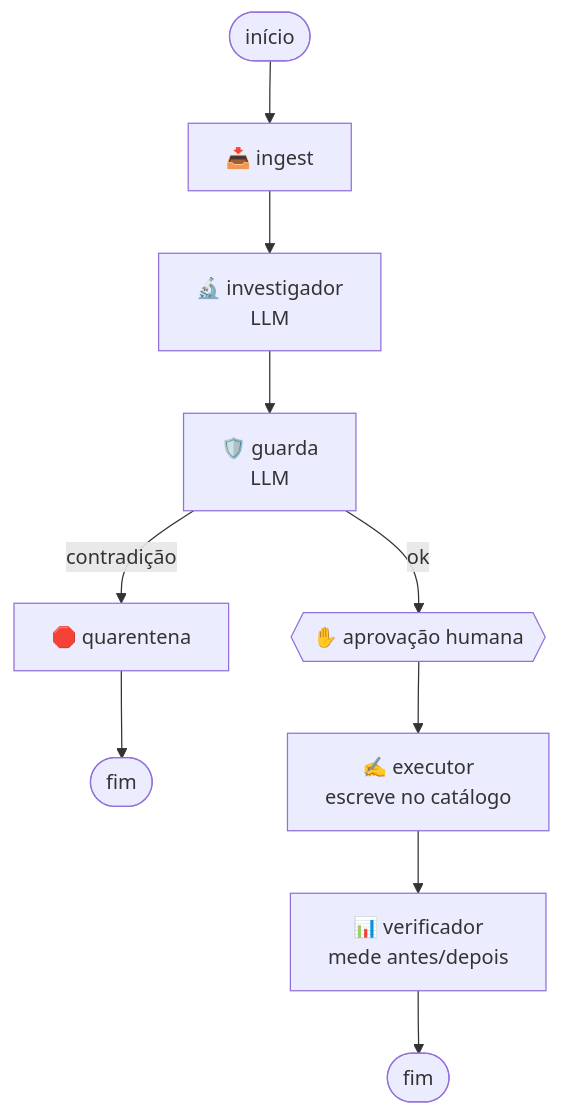
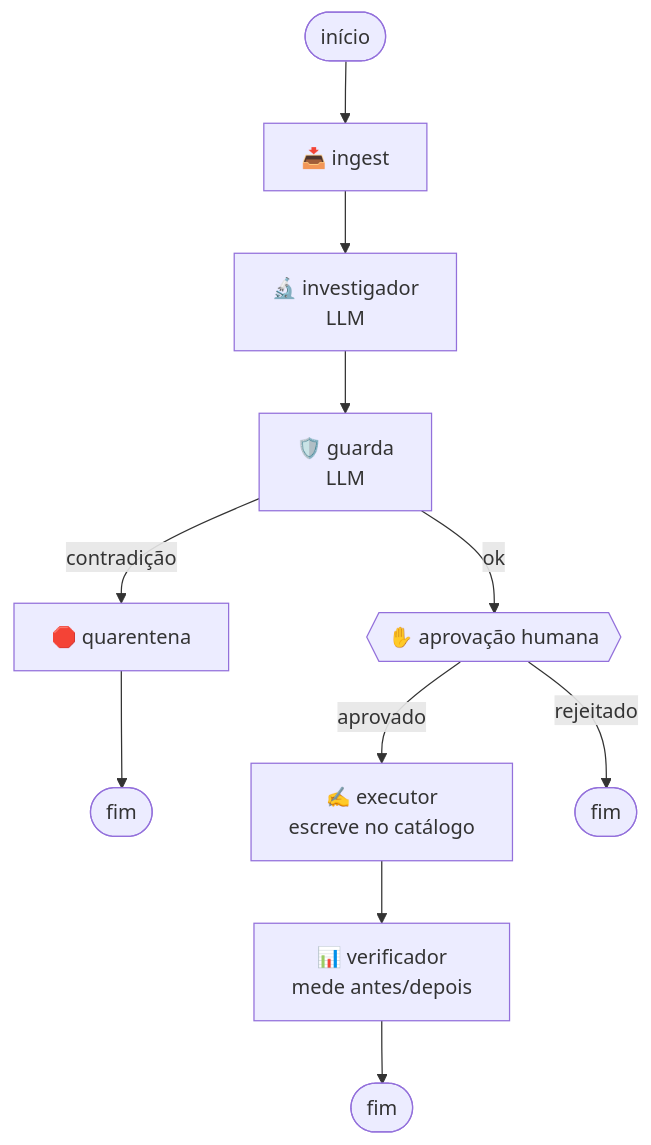
One commit to GuilhermeSerafim/venditus-deco changed the diagram in README.md. Above: the diagram before and after it, drawn with Mermaid. The commit also changed other lines of this file, not shown here.

````diff
--- a/README.md
+++ b/README.md
@@ -84,12 +83,13 @@
 ```mermaid
 graph TD
     START([início]) --> ingest[📥 ingest]
     ingest --> investigador[🔬 investigador<br/>LLM]
     investigador --> guarda[🛡️ guarda<br/>LLM]
     guarda -->|contradição| quarentena[🛑 quarentena]
     guarda -->|ok| aprovacao{{"✋ aprovação humana"}}
     quarentena --> FIM1([fim])
-    aprovacao --> executor[✍️ executor<br/>escreve no catálogo]
+    aprovacao -->|aprovado| executor[✍️ executor<br/>escreve no catálogo]
+    aprovacao -->|rejeitado| FIM3([fim])
     executor --> verificador[📊 verificador<br/>mede antes/depois]
     verificador --> FIM2([fim])
 ```
````
